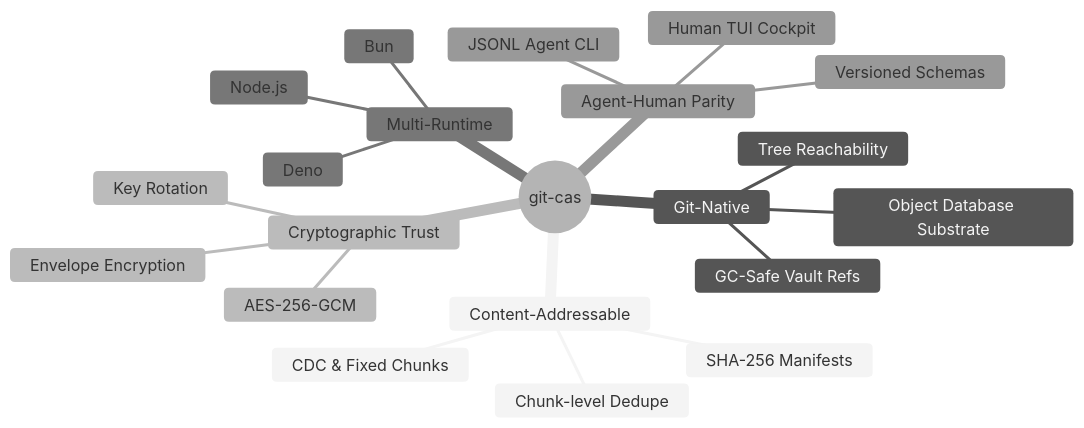
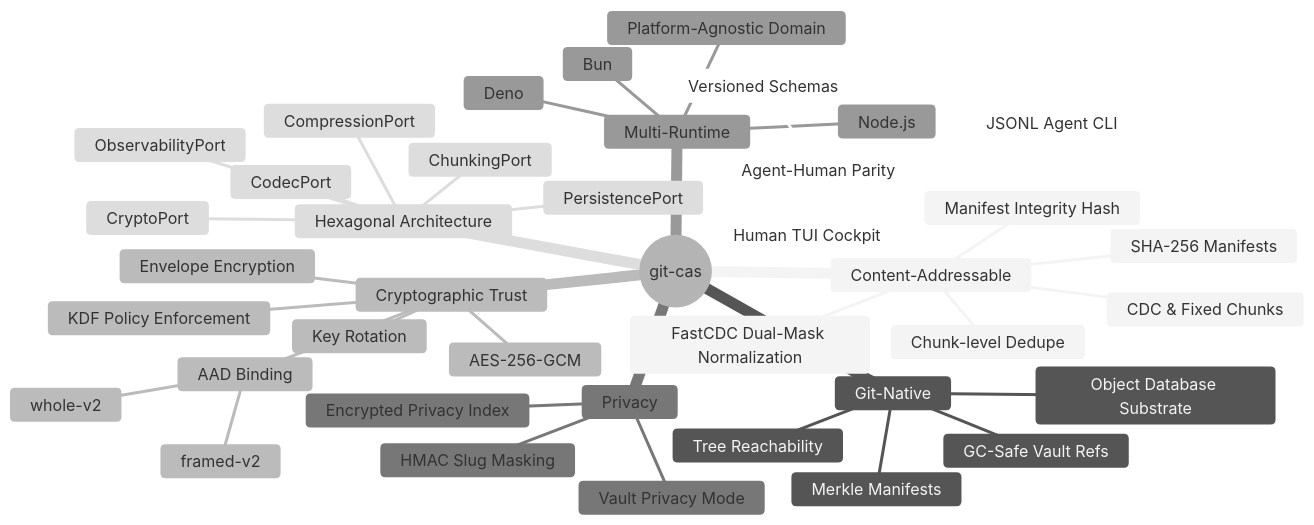
One commit to git-stunts/git-cas changed the diagram in VISION.md. Above: the diagram before and after it, drawn with Mermaid (neutral theme). The commit also changed other lines of this file and 2 other files, not shown here.

Commit message:
docs: rewrite README with comprehensive feature documentation
Cover all library features: chunking strategies, encryption schemes,
key management, vault operations, manifests, restore modes, CLI,
security hardening, multi-runtime support, and architecture. Fix
broken doc links (GUIDE.md, ADVANCED_GUIDE.md).

````diff
--- a/VISION.md
+++ b/VISION.md
@@ -5,24 +5,43 @@
 ```mermaid
 mindmap
     root((git-cas))
         Content-Addressable
             SHA-256 Manifests
             Chunk-level Dedupe
             CDC & Fixed Chunks
+            FastCDC Dual-Mask Normalization
+            Manifest Integrity Hash
         Git-Native
             Object Database Substrate
             GC-Safe Vault Refs
             Tree Reachability
+            Merkle Manifests
         Cryptographic Trust
             AES-256-GCM
+            AAD Binding
+                whole-v2
+                framed-v2
             Envelope Encryption
             Key Rotation
+            KDF Policy Enforcement
+        Privacy
+            Vault Privacy Mode
+            HMAC Slug Masking
+            Encrypted Privacy Index
         Multi-Runtime
             Node.js
             Bun
             Deno
+            Platform-Agnostic Domain
+        Hexagonal Architecture
+            CryptoPort
+            PersistencePort
+            ChunkingPort
+            CodecPort
+            CompressionPort
+            ObservabilityPort
         Agent-Human Parity
             JSONL Agent CLI
             Human TUI Cockpit
             Versioned Schemas
 ```
````
